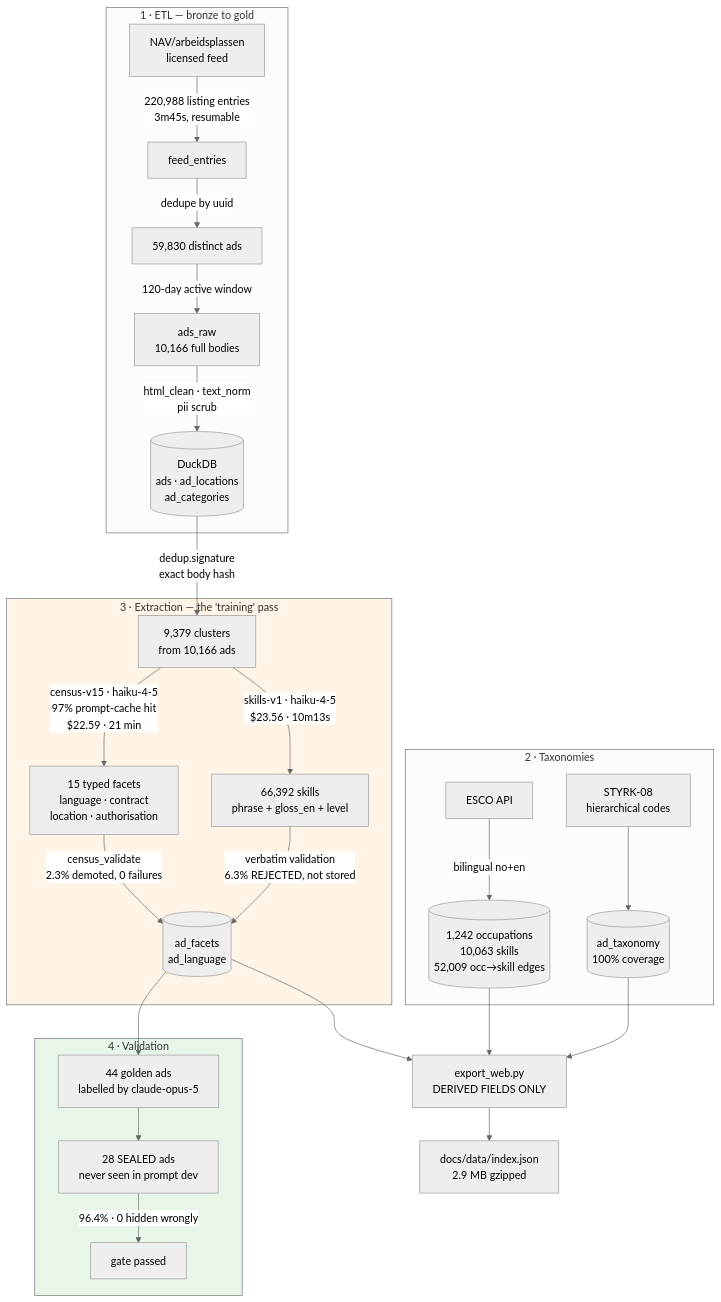
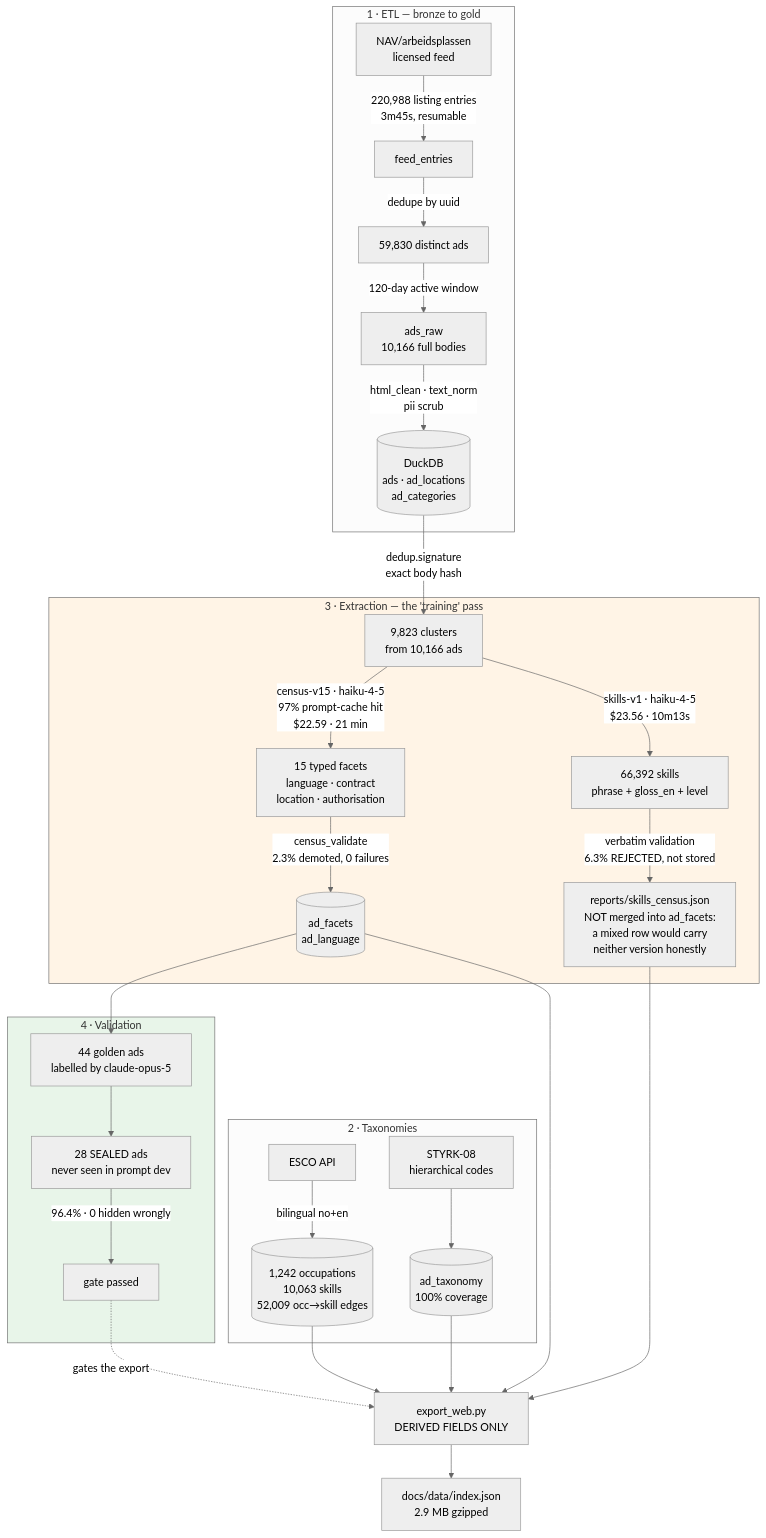
Before and after one commit to NaomiTitus/constraint-aware-retrieval: the first of 2 diagrams in README.md, drawn with Mermaid (neutral theme). The commit also changed other lines of this file and 5 other files, not shown here.

````diff
--- a/README.md
+++ b/README.md
@@ -149,36 +160,38 @@
 ```mermaid
 flowchart TB
   subgraph ETL["1 · ETL — bronze to gold"]
     A["NAV/arbeidsplassen<br/>licensed feed"] -->|"220,988 listing entries<br/>3m45s, resumable"| B["feed_entries"]
     B -->|"dedupe by uuid"| C["59,830 distinct ads"]
     C -->|"120-day active window"| D["ads_raw<br/>10,166 full bodies"]
     D -->|"html_clean · text_norm<br/>pii scrub"| E[("DuckDB<br/>ads · ad_locations<br/>ad_categories")]
   end
 
   subgraph TAX["2 · Taxonomies"]
     F["ESCO API"] -->|"bilingual no+en"| G[("1,242 occupations<br/>10,063 skills<br/>52,009 occ→skill edges")]
     H["STYRK-08<br/>hierarchical codes"] --> I[("ad_taxonomy<br/>100% coverage")]
   end
 
   subgraph EXT["3 · Extraction — the 'training' pass"]
-    E -->|"dedup.signature<br/>exact body hash"| J["9,379 clusters<br/>from 10,166 ads"]
+    E -->|"dedup.signature<br/>exact body hash"| J["9,823 clusters<br/>from 10,166 ads"]
     J -->|"census-v15 · haiku-4-5<br/>97% prompt-cache hit<br/>$22.59 · 21 min"| K["15 typed facets<br/>language · contract<br/>location · authorisation"]
     J -->|"skills-v1 · haiku-4-5<br/>$23.56 · 10m13s"| L["66,392 skills<br/>phrase + gloss_en + level"]
     K -->|"census_validate<br/>2.3% demoted, 0 failures"| M[("ad_facets<br/>ad_language")]
-    L -->|"verbatim validation<br/>6.3% REJECTED, not stored"| M
+    L -->|"verbatim validation<br/>6.3% REJECTED, not stored"| L2["reports/skills_census.json<br/>NOT merged into ad_facets:<br/>a mixed row would carry<br/>neither version honestly"]
   end
 
   subgraph VAL["4 · Validation"]
     M --> N["44 golden ads<br/>labelled by claude-opus-5"]
     N --> O["28 SEALED ads<br/>never seen in prompt dev"]
     O -->|"96.4% · 0 hidden wrongly"| P["gate passed"]
   end
 
   M --> Q["export_web.py<br/>DERIVED FIELDS ONLY"]
+  L2 --> Q
+  P -.->|"gates the export"| Q
   G --> Q
   I --> Q
   Q --> R["docs/data/index.json<br/>2.9 MB gzipped"]
 
   style EXT fill:#fff4e6
   style VAL fill:#e8f5e9
 ```
````
